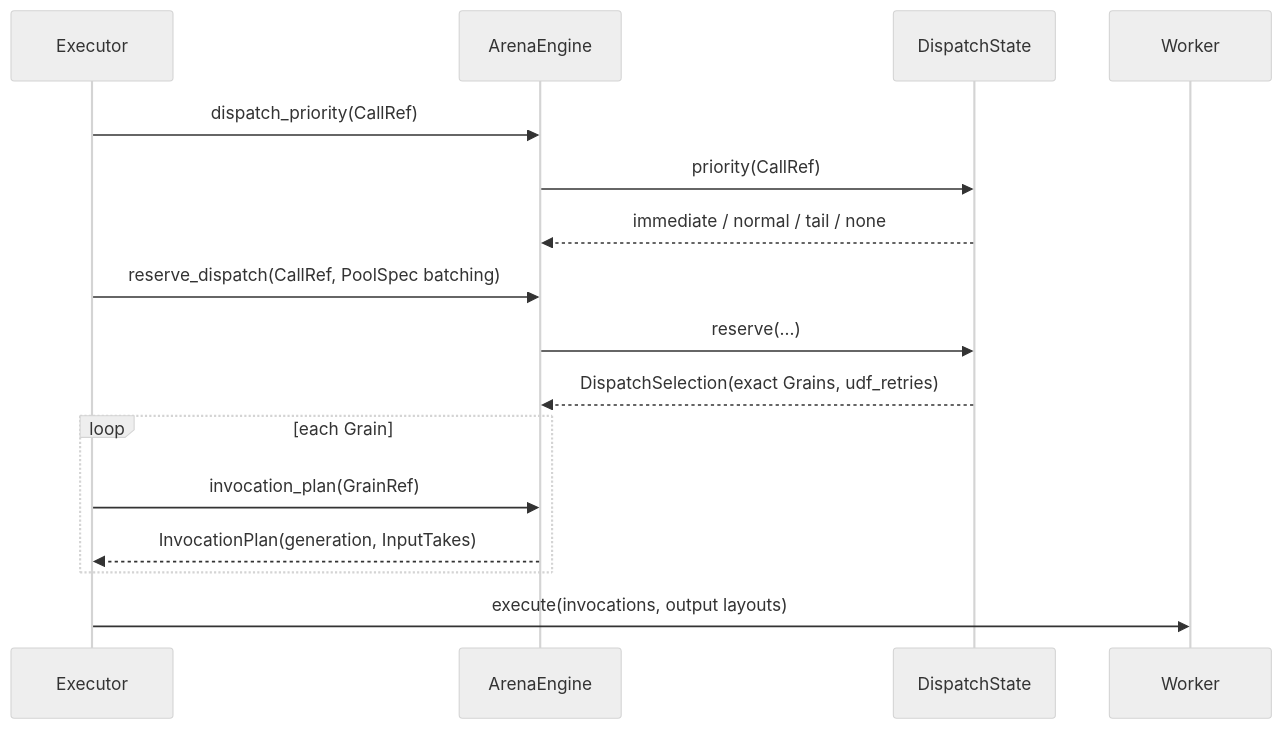
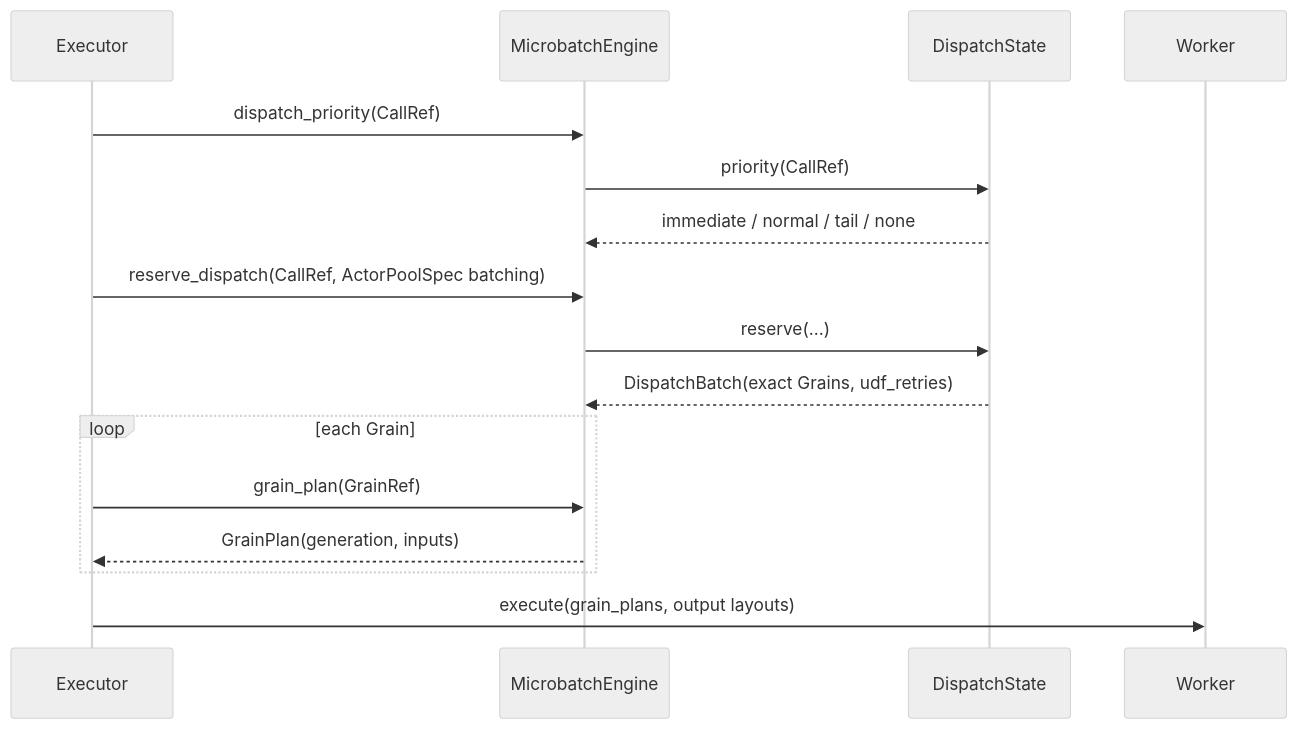
Before and after one commit to OpenDCAI/RayOrch: the ninth of 16 diagrams in docs/multigrain_v3_6_tutorial.md, drawn with Mermaid (neutral theme). The commit also changed other lines of this file and 38 other files, not shown here.

Commit message:
feat(v3.6): unify architecture vocabulary and state ownership

````diff
--- a/docs/multigrain_v3_6_tutorial.md
+++ b/docs/multigrain_v3_6_tutorial.md
@@ -1041,19 +1060,19 @@
 ```mermaid
 sequenceDiagram
     participant E as Executor
-    participant A as ArenaEngine
+    participant A as MicrobatchEngine
     participant D as DispatchState
     participant W as Worker
 
     E->>A: dispatch_priority(CallRef)
     A->>D: priority(CallRef)
     D-->>A: immediate / normal / tail / none
-    E->>A: reserve_dispatch(CallRef, PoolSpec batching)
+    E->>A: reserve_dispatch(CallRef, ActorPoolSpec batching)
     A->>D: reserve(...)
-    D-->>A: DispatchSelection(exact Grains, udf_retries)
+    D-->>A: DispatchBatch(exact Grains, udf_retries)
     loop each Grain
-        E->>A: invocation_plan(GrainRef)
-        A-->>E: InvocationPlan(generation, InputTakes)
+        E->>A: grain_plan(GrainRef)
+        A-->>E: GrainPlan(generation, inputs)
     end
-    E->>W: execute(invocations, output layouts)
+    E->>W: execute(grain_plans, output layouts)
 ```
````
